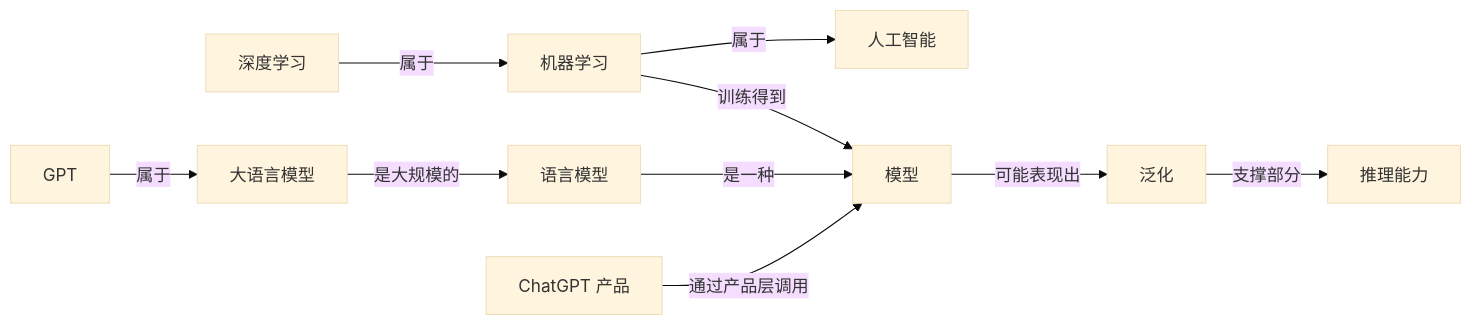
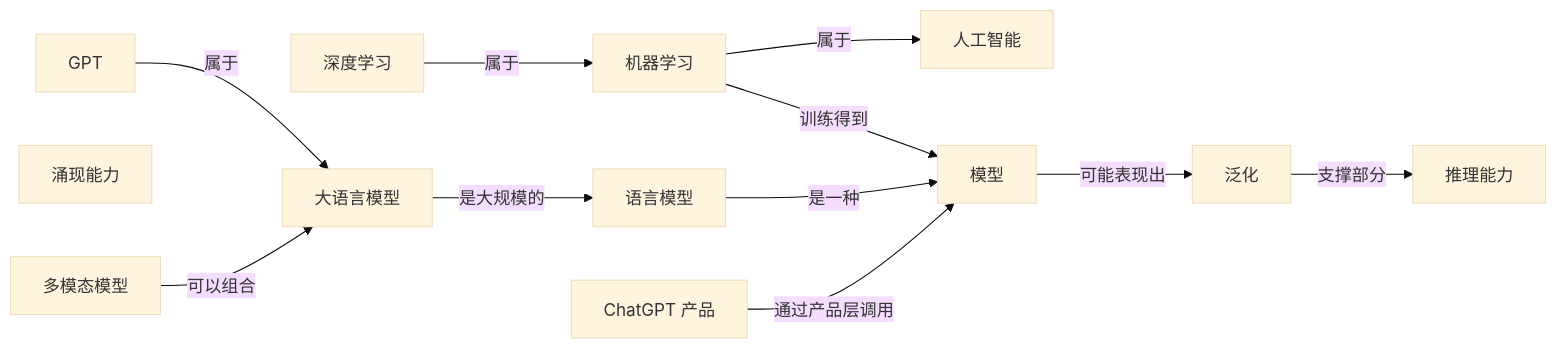
The first of 9 diagrams in 知识网络.md (z-Zihan/LLM-101), drawn with Mermaid (base theme) before and after one commit. The commit also changed other lines of this file and 5 other files, not shown here.

Commit message:
docs: add emergence and multimodal question guides

````diff
--- a/知识网络.md
+++ b/知识网络.md
@@ -68,22 +70,25 @@
 ```mermaid
 flowchart LR
     n_ai["人工智能"]
     n_machine_learning["机器学习"]
     n_deep_learning["深度学习"]
     n_model["模型"]
     n_language_model["语言模型"]
     n_llm["大语言模型"]
     n_gpt["GPT"]
     n_chatgpt_product["ChatGPT 产品"]
     n_generalization["泛化"]
     n_reasoning["推理能力"]
+    n_emergence["涌现能力"]
+    n_multimodal["多模态模型"]
     n_machine_learning -->|"属于"| n_ai
     n_deep_learning -->|"属于"| n_machine_learning
     n_machine_learning -->|"训练得到"| n_model
     n_language_model -->|"是一种"| n_model
     n_llm -->|"是大规模的"| n_language_model
     n_gpt -->|"属于"| n_llm
     n_chatgpt_product -->|"通过产品层调用"| n_model
     n_model -->|"可能表现出"| n_generalization
     n_generalization -->|"支撑部分"| n_reasoning
+    n_multimodal -->|"可以组合"| n_llm
 ```
````
